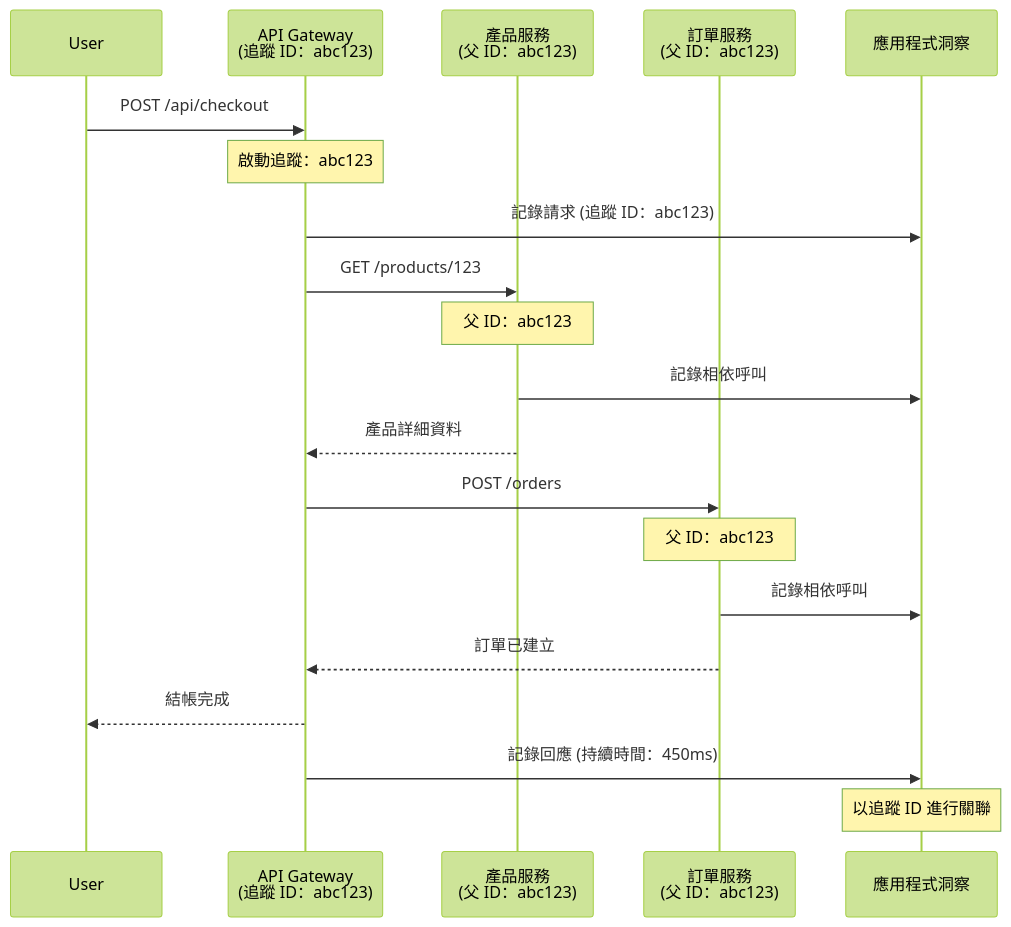
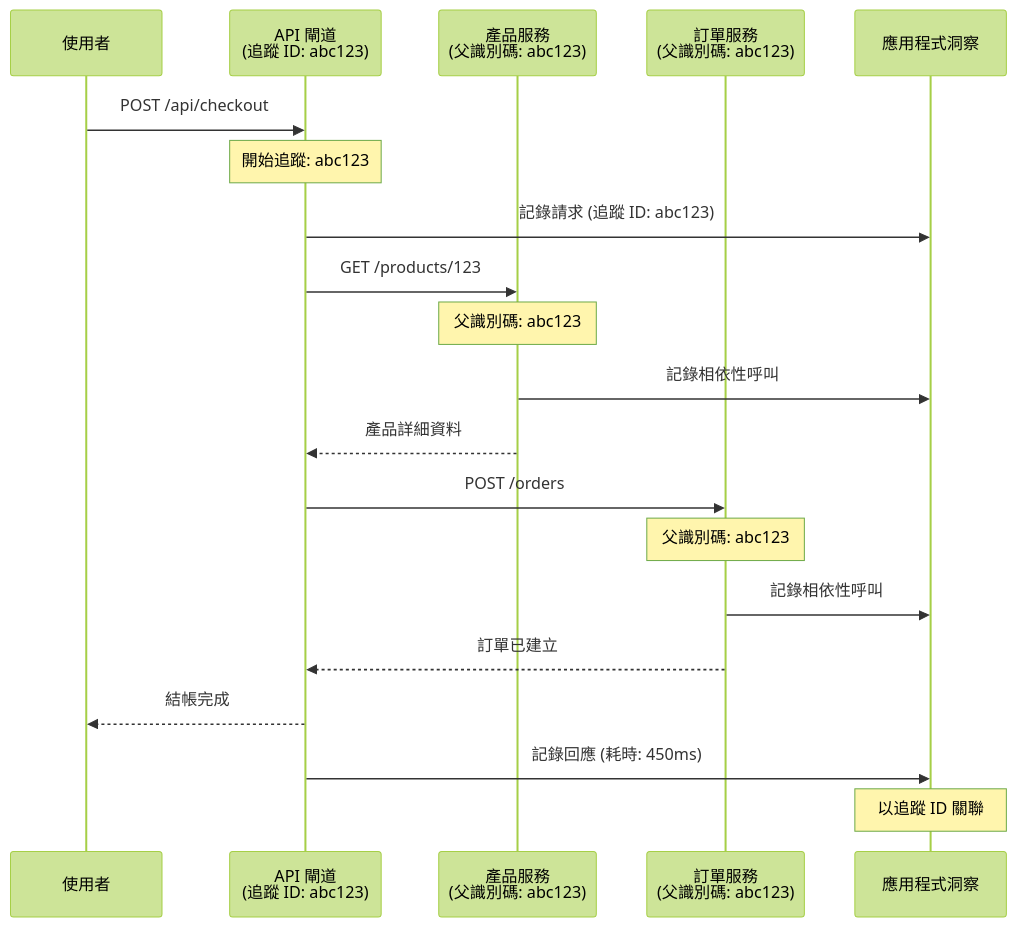
The second of 2 diagrams in translations/zh-TW/docs/chapter-06-pre-deployment/application-insights.md (microsoft/AZD-for-beginners), drawn with Mermaid (forest theme) before and after one commit. The commit also changed other lines of this file and 101 other files, not shown here.

````diff
--- a/translations/zh-TW/docs/chapter-06-pre-deployment/application-insights.md
+++ b/translations/zh-TW/docs/chapter-06-pre-deployment/application-insights.md
@@ -744,27 +744,27 @@
 ```mermaid
 sequenceDiagram
-    participant User
-    participant Gateway as API Gateway<br/>(追蹤 ID：abc123)
-    participant Product as 產品服務<br/>(父 ID：abc123)
-    participant Order as 訂單服務<br/>(父 ID：abc123)
+    participant User as 使用者
+    participant Gateway as API 閘道<br/>(追蹤 ID: abc123)
+    participant Product as 產品服務<br/>(父識別碼: abc123)
+    participant Order as 訂單服務<br/>(父識別碼: abc123)
     participant AppInsights as 應用程式洞察
     
     User->>Gateway: POST /api/checkout
-    Note over Gateway: 啟動追蹤：abc123
-    Gateway->>AppInsights: 記錄請求 (追蹤 ID：abc123)
+    Note over Gateway: 開始追蹤: abc123
+    Gateway->>AppInsights: 記錄請求 (追蹤 ID: abc123)
     
     Gateway->>Product: GET /products/123
-    Note over Product: 父 ID：abc123
-    Product->>AppInsights: 記錄相依呼叫
+    Note over Product: 父識別碼: abc123
+    Product->>AppInsights: 記錄相依性呼叫
     Product-->>Gateway: 產品詳細資料
     
     Gateway->>Order: POST /orders
-    Note over Order: 父 ID：abc123
-    Order->>AppInsights: 記錄相依呼叫
+    Note over Order: 父識別碼: abc123
+    Order->>AppInsights: 記錄相依性呼叫
     Order-->>Gateway: 訂單已建立
     
     Gateway-->>User: 結帳完成
-    Gateway->>AppInsights: 記錄回應 (持續時間：450ms)
+    Gateway->>AppInsights: 記錄回應 (耗時: 450ms)
     
-    Note over AppInsights: 以追蹤 ID 進行關聯
+    Note over AppInsights: 以追蹤 ID 關聯
 ```
````
